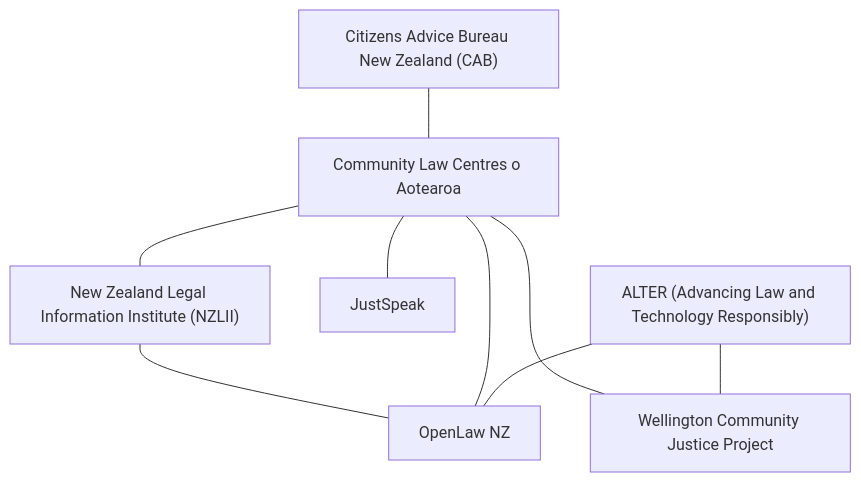
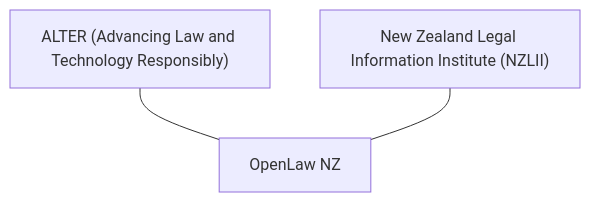
One commit to olitreadwell/nz-tech-for-good changed the fourth of 17 diagrams in GUIDE.md. Above: the diagram before and after it, drawn with Mermaid. The commit also changed other lines of this file and 268 other files, not shown here.

````diff
--- a/GUIDE.md
+++ b/GUIDE.md
@@ -133,18 +120,8 @@
 ```mermaid
 flowchart TD
     n_ALTERAdvancingLawandTech["ALTER (Advancing Law and Technology Responsibly)"]
-    n_CitizensAdviceBureauNewZ["Citizens Advice Bureau New Zealand (CAB)"]
-    n_CommunityLawCentresoAote["Community Law Centres o Aotearoa"]
-    n_JustSpeak["JustSpeak"]
     n_NewZealandLegalInformati["New Zealand Legal Information Institute (NZLII)"]
     n_OpenLawNZ["OpenLaw NZ"]
-    n_WellingtonCommunityJusti["Wellington Community Justice Project"]
     n_ALTERAdvancingLawandTech --- n_OpenLawNZ
-    n_ALTERAdvancingLawandTech --- n_WellingtonCommunityJusti
-    n_CitizensAdviceBureauNewZ --- n_CommunityLawCentresoAote
-    n_CommunityLawCentresoAote --- n_JustSpeak
-    n_CommunityLawCentresoAote --- n_NewZealandLegalInformati
-    n_CommunityLawCentresoAote --- n_OpenLawNZ
-    n_CommunityLawCentresoAote --- n_WellingtonCommunityJusti
     n_NewZealandLegalInformati --- n_OpenLawNZ
 ```
````
